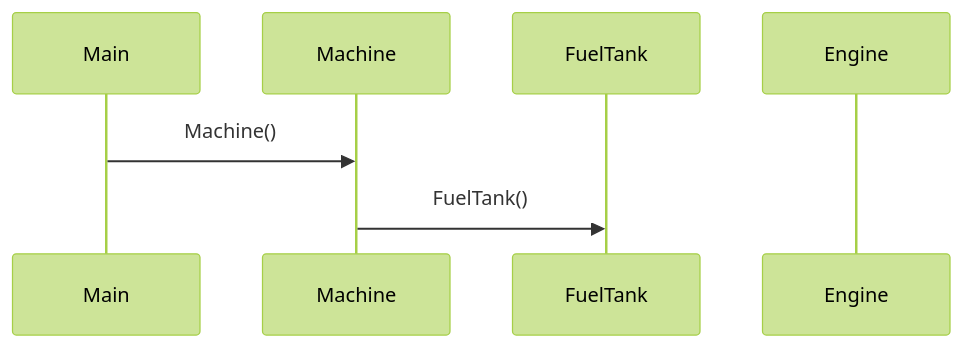
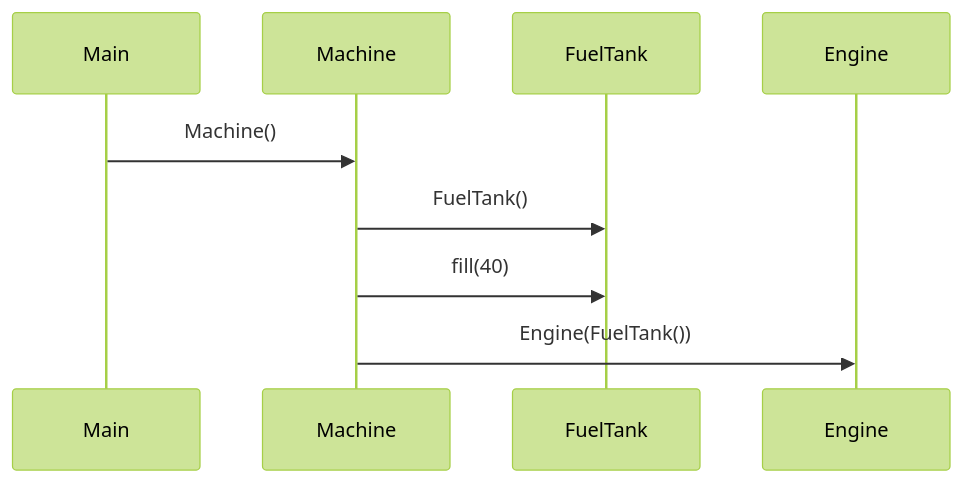
One commit to phuvio/ot-harjoitustyo changed the diagram in laskarit/viikko3/sekvenssikaavio.md. Above: the diagram before and after it, drawn with Mermaid (forest theme).

````diff
--- a/laskarit/viikko3/sekvenssikaavio.md
+++ b/laskarit/viikko3/sekvenssikaavio.md
@@ -3,9 +3,11 @@
 ```mermaid
  sequenceDiagram
    participant P as Main
    participant M as Machine
    participant F as FuelTank
    participant E as Engine
    P->>M: Machine()
    M->>F: FuelTank()
+   M->>F: fill(40)
+   M->>E: Engine(FuelTank())
 ```
````
